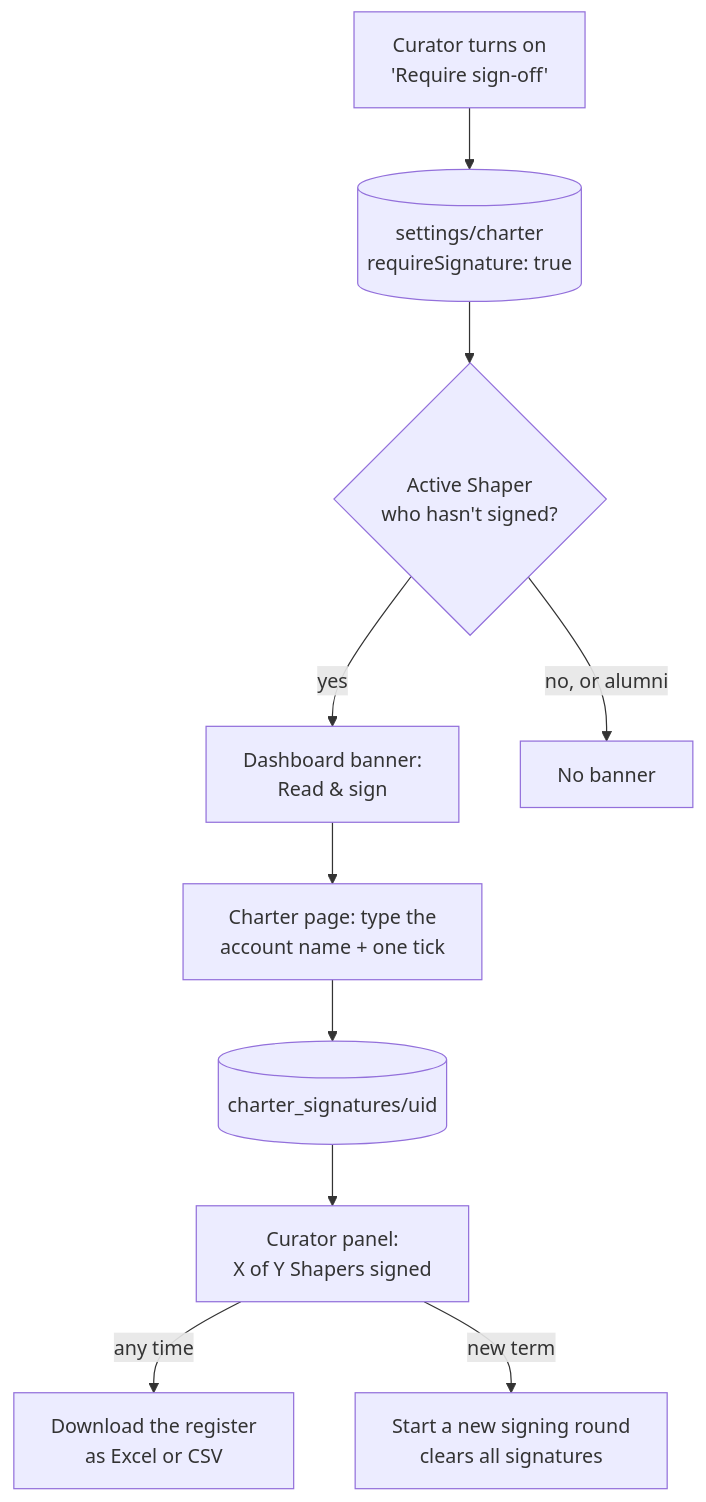
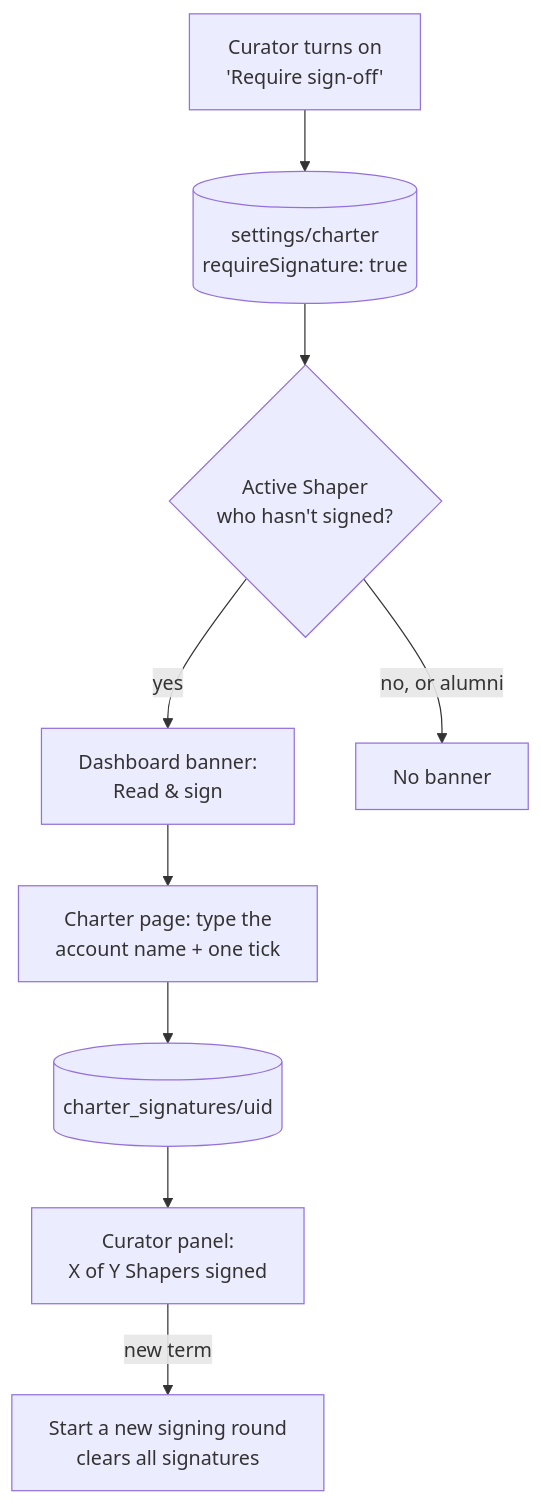
Before and after one commit to The-Dark-Ranger/Jeddah-Hub: the seventh of 12 diagrams in docs/HOW-IT-WORKS.md, drawn with Mermaid. The commit also changed other lines of this file and 14 other files, not shown here.

First line of the commit message:
Remove the Charter downloads

````diff
--- a/docs/HOW-IT-WORKS.md
+++ b/docs/HOW-IT-WORKS.md
@@ -254,11 +247,10 @@
 ```mermaid
 flowchart TD
     C[Curator turns on<br/>'Require sign-off'] --> S[(settings/charter<br/>requireSignature: true)]
     S --> B{Active Shaper<br/>who hasn't signed?}
     B -->|yes| N[Dashboard banner:<br/>Read & sign] --> F[Charter page: type the<br/>account name + one tick]
     B -->|no, or alumni| Q[No banner]
     F --> G[(charter_signatures/uid)]
     G --> P[Curator panel:<br/>X of Y Shapers signed]
-    P -->|any time| D[Download the register<br/>as Excel or CSV]
     P -->|new term| R[Start a new signing round<br/>clears all signatures]
 ```
````
